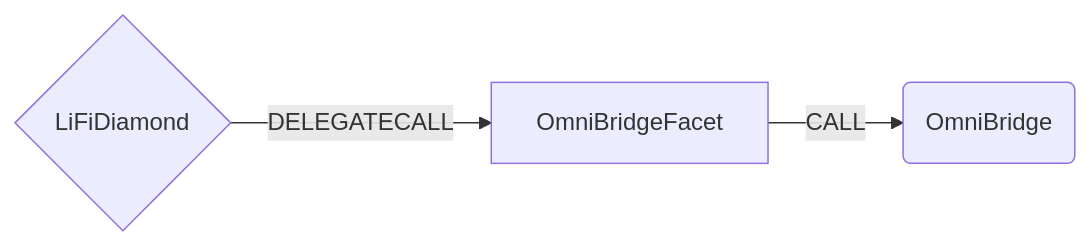
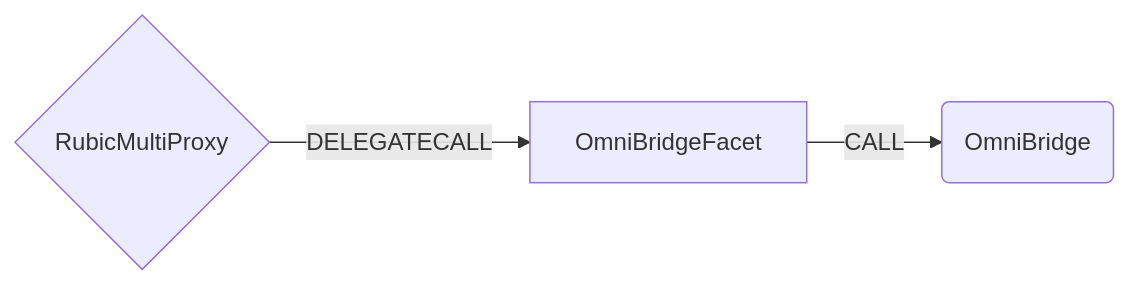
Before and after one commit to Cryptorubic/multi-proxy-rubic: the diagram in docs/OmniBridgeFacet.md, drawn with Mermaid. The commit also changed other lines of this file and 82 other files, not shown here.

Commit message:
rename to Rubic and change IRubic.BridgeData.integrator type

````diff
--- a/docs/OmniBridgeFacet.md
+++ b/docs/OmniBridgeFacet.md
@@ -7,5 +7,5 @@
 ```mermaid
 graph LR;
-    D{LiFiDiamond}-- DELEGATECALL -->OmniBridgeFacet;
+    D{RubicMultiProxy}-- DELEGATECALL -->OmniBridgeFacet;
     OmniBridgeFacet -- CALL --> O(OmniBridge)
 ```
````
